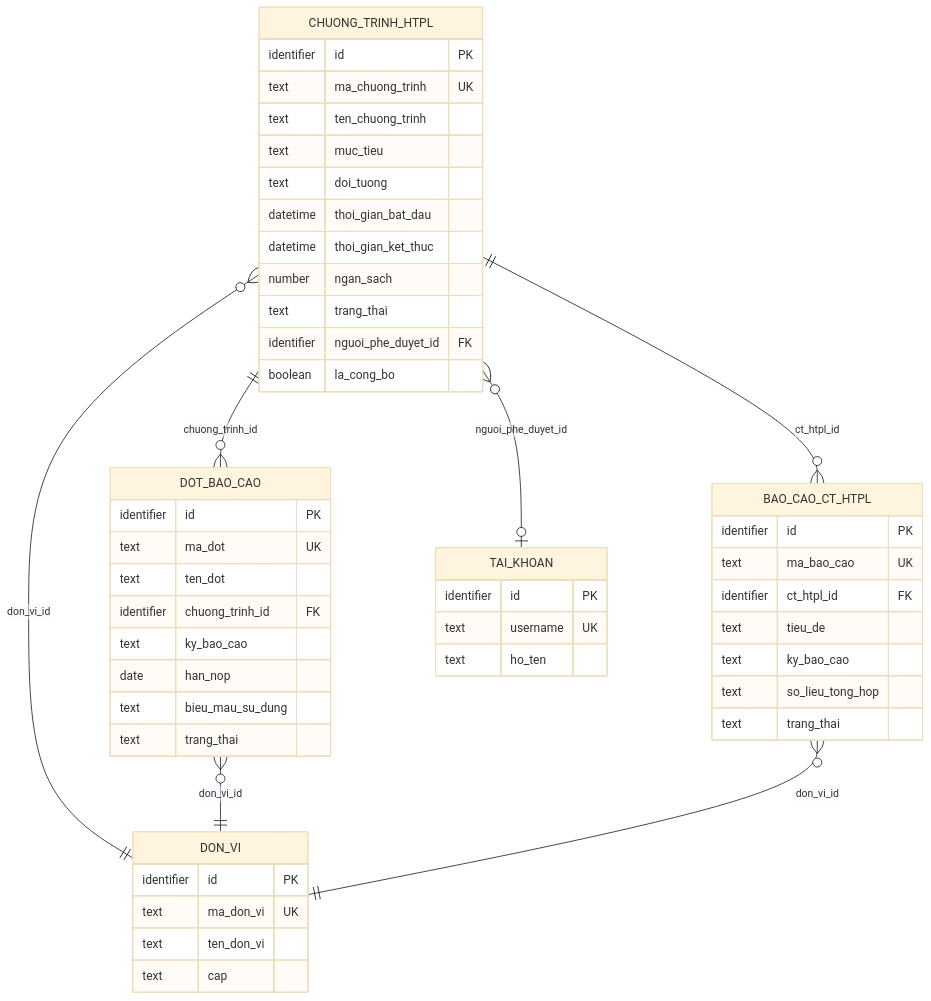
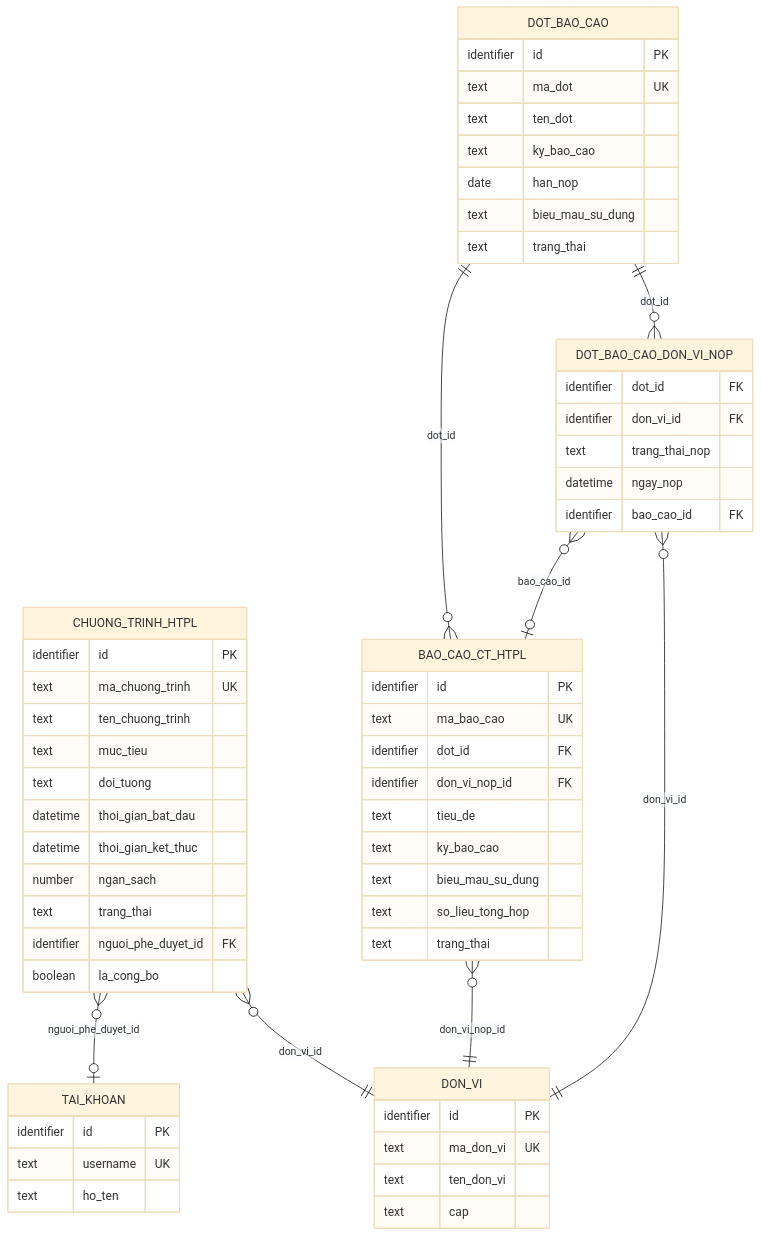
The second of 4 diagrams in input/srs-update-2026-5-5/srs-fr-15-ct-htpldn.md (huongttt-0209/PM-HTPLDN), drawn with Mermaid (base theme) before and after one commit. The commit also changed other lines of this file and 48 other files, not shown here.

First line of the commit message:
Cập nhật quy trình QA, flow verify, SRS tham chiếu và .gitignore

````diff
--- a/input/srs-update-2026-5-5/srs-fr-15-ct-htpldn.md
+++ b/input/srs-update-2026-5-5/srs-fr-15-ct-htpldn.md
@@ -1182,53 +1242,65 @@
 ```mermaid
 erDiagram
     CHUONG_TRINH_HTPL {
         identifier id PK
         text ma_chuong_trinh UK
         text ten_chuong_trinh
         text muc_tieu
         text doi_tuong
         datetime thoi_gian_bat_dau
         datetime thoi_gian_ket_thuc
         number ngan_sach
         text trang_thai
         identifier nguoi_phe_duyet_id FK
         boolean la_cong_bo
     }
     DOT_BAO_CAO {
         identifier id PK
         text ma_dot UK
         text ten_dot
-        identifier chuong_trinh_id FK
         text ky_bao_cao
         date han_nop
         text bieu_mau_su_dung
         text trang_thai
     }
     BAO_CAO_CT_HTPL {
         identifier id PK
         text ma_bao_cao UK
-        identifier ct_htpl_id FK
+        identifier dot_id FK
+        identifier don_vi_nop_id FK
         text tieu_de
         text ky_bao_cao
+        text bieu_mau_su_dung
         text so_lieu_tong_hop
         text trang_thai
+    }
+    DOT_BAO_CAO_DON_VI_NOP {
+        identifier dot_id FK
+        identifier don_vi_id FK
+        text trang_thai_nop
+        datetime ngay_nop
+        identifier bao_cao_id FK
     }
     TAI_KHOAN {
         identifier id PK
         text username UK
         text ho_ten
     }
     DON_VI {
         identifier id PK
         text ma_don_vi UK
         text ten_don_vi
         text cap
     }
 
     CHUONG_TRINH_HTPL }o--|| DON_VI : "don_vi_id"
     CHUONG_TRINH_HTPL }o--o| TAI_KHOAN : "nguoi_phe_duyet_id"
-    CHUONG_TRINH_HTPL ||--o{ DOT_BAO_CAO : "chuong_trinh_id"
-    CHUONG_TRINH_HTPL ||--o{ BAO_CAO_CT_HTPL : "ct_htpl_id"
-    DOT_BAO_CAO }o--|| DON_VI : "don_vi_id"
-    BAO_CAO_CT_HTPL }o--|| DON_VI : "don_vi_id"
+    %% Sửa theo STT 52 UAT 2026-05-26: bỏ liên kết CHUONG_TRINH_HTPL ||--o{ DOT_BAO_CAO
+    %% Thêm 3 liên kết mới: DOT_BAO_CAO ||--o{ DOT_BAO_CAO_DON_VI_NOP }o--|| DON_VI
+    %% Sửa BAO_CAO_CT_HTPL: gắn qua DOT_BAO_CAO_DON_VI_NOP thay vì gắn trực tiếp CT
+    DOT_BAO_CAO ||--o{ DOT_BAO_CAO_DON_VI_NOP : "dot_id"
+    DOT_BAO_CAO_DON_VI_NOP }o--|| DON_VI : "don_vi_id"
+    DOT_BAO_CAO_DON_VI_NOP }o--o| BAO_CAO_CT_HTPL : "bao_cao_id"
+    BAO_CAO_CT_HTPL }o--|| DOT_BAO_CAO : "dot_id"
+    BAO_CAO_CT_HTPL }o--|| DON_VI : "don_vi_nop_id"
 ```
````
